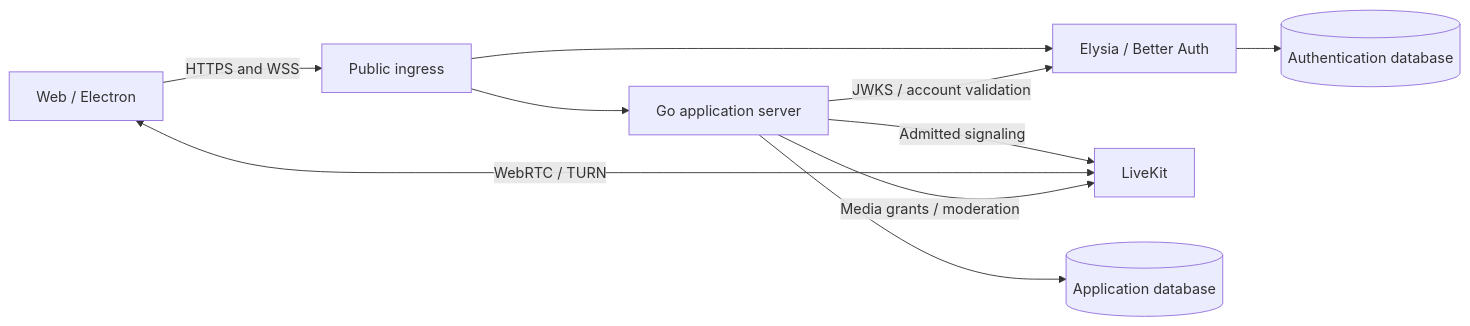
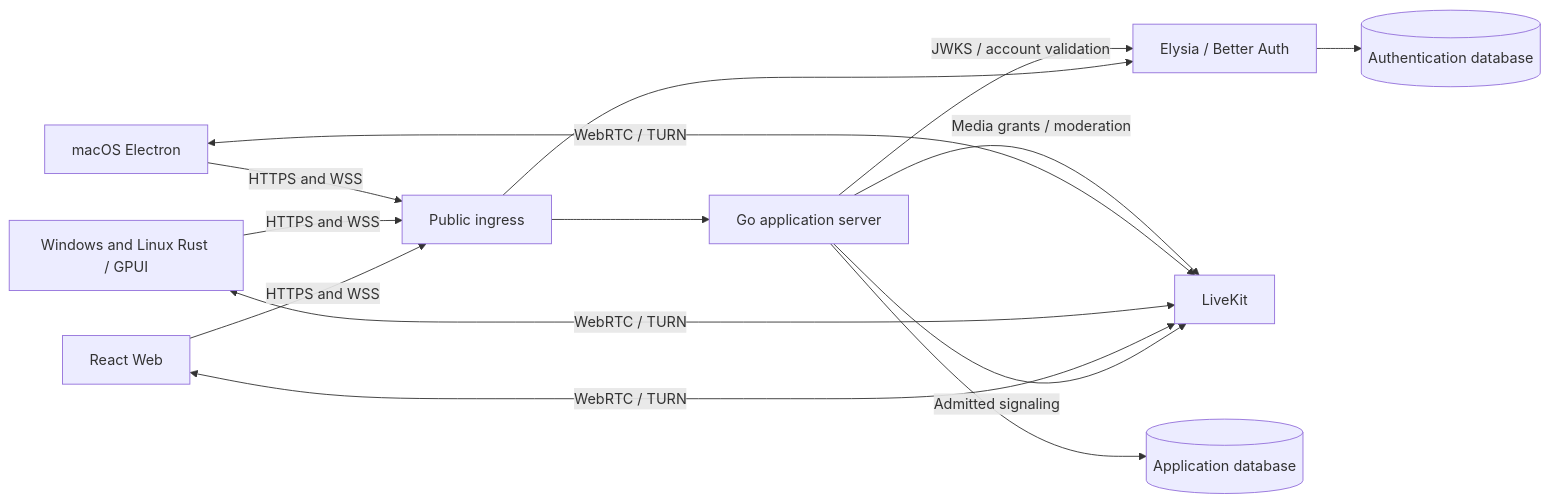
The diagram in docs/architecture.md (MrDeex1k/Yapper), drawn with Mermaid before and after one commit. The commit also changed other lines of this file and 38 other files, not shown here.

````diff
--- a/docs/architecture.md
+++ b/docs/architecture.md
@@ -20,12 +21,16 @@
 ```mermaid
 flowchart LR
-    W[Web / Electron] -->|HTTPS and WSS| P[Public ingress]
+    W[React Web] -->|HTTPS and WSS| P[Public ingress]
+    Dsk[Windows and Linux Rust / GPUI] -->|HTTPS and WSS| P
+    Mac[macOS Electron] -->|HTTPS and WSS| P
     P --> G[Go application server]
     P --> A[Elysia / Better Auth]
     G -->|Admitted signaling| L[LiveKit]
     W <-->|WebRTC / TURN| L
+    Dsk <-->|WebRTC / TURN| L
+    Mac <-->|WebRTC / TURN| L
     G -->|JWKS / account validation| A
     G -->|Media grants / moderation| L
     G --> D[(Application database)]
     A --> E[(Authentication database)]
 ```
````
